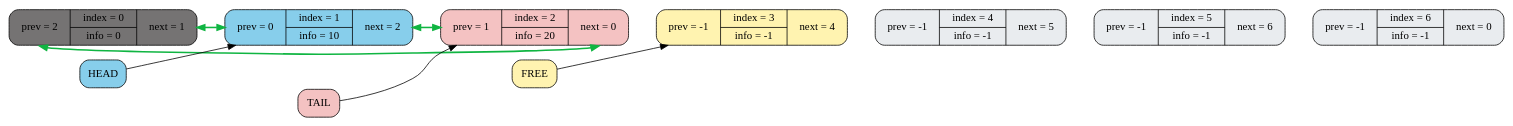
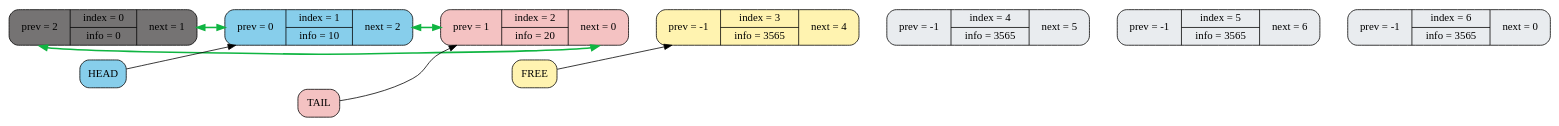
One commit to NikolayNetreba/Task5 changed the diagram in dumps/graph_2.dot. Above: the diagram before and after it, drawn with Graphviz. The commit also changed 38 other files, not shown here.

```diff
--- a/dumps/graph_2.dot
+++ b/dumps/graph_2.dot
@@ -1,26 +1,26 @@
 digraph g{ 
 rankdir=LR; 
 node [shape=Mrecord; style=filled;];
 node0 [label = "{<prev> prev = 2 | { index = 0 | info = 0 } | <next> next = 1}"; fillcolor="#757373"; fontcolor="black"; color="black"; penwidth=1.0];
 node1 [label = "{<prev> prev = 0 | { index = 1 | info = 10 } | <next> next = 2}"; fillcolor="#87CEEB"; fontcolor="black"; color="black"; penwidth=1.0];
 node2 [label = "{<prev> prev = 1 | { index = 2 | info = 20 } | <next> next = 0}"; fillcolor="#F4C2C2"; fontcolor="black"; color="black"; penwidth=1.0];
-node3 [label = "{<prev> prev = -1 | { index = 3 | info = -1 } | <next> next = 4}"; fillcolor="#FFF3B0"; fontcolor="black"; color="black"; penwidth=1.0];
-node4 [label = "{<prev> prev = -1 | { index = 4 | info = -1 } | <next> next = 5}"; fillcolor="#E9ECEF"; fontcolor="black"; color="black"; penwidth=1.0];
-node5 [label = "{<prev> prev = -1 | { index = 5 | info = -1 } | <next> next = 6}"; fillcolor="#E9ECEF"; fontcolor="black"; color="black"; penwidth=1.0];
-node6 [label = "{<prev> prev = -1 | { index = 6 | info = -1 } | <next> next = 0}"; fillcolor="#E9ECEF"; fontcolor="black"; color="black"; penwidth=1.0];
+node3 [label = "{<prev> prev = -1 | { index = 3 | info = 3565 } | <next> next = 4}"; fillcolor="#FFF3B0"; fontcolor="black"; color="black"; penwidth=1.0];
+node4 [label = "{<prev> prev = -1 | { index = 4 | info = 3565 } | <next> next = 5}"; fillcolor="#E9ECEF"; fontcolor="black"; color="black"; penwidth=1.0];
+node5 [label = "{<prev> prev = -1 | { index = 5 | info = 3565 } | <next> next = 6}"; fillcolor="#E9ECEF"; fontcolor="black"; color="black"; penwidth=1.0];
+node6 [label = "{<prev> prev = -1 | { index = 6 | info = 3565 } | <next> next = 0}"; fillcolor="#E9ECEF"; fontcolor="black"; color="black"; penwidth=1.0];
 node0 -> node1 [style=invis, weight=100];
 node1 -> node2 [style=invis, weight=100];
 node2 -> node3 [style=invis, weight=100];
 node3 -> node4 [style=invis, weight=100];
 node4 -> node5 [style=invis, weight=100];
 node5 -> node6 [style=invis, weight=100];
 node0:next -> node1:prev [color="#10b542", dir="both", penwidth=2.0, constraint=false];
 node1:next -> node2:prev [color="#10b542", dir="both", penwidth=2.0, constraint=false];
 node2:next -> node0:prev [color="#10b542", dir="both", penwidth=2.0, constraint=false];
 HEAD [shape=box, style="filled, rounded", fillcolor="#87CEEB", label="HEAD"];
 TAIL [shape=box, style="filled, rounded", fillcolor="#F4C2C2", label="TAIL"];
 FREE [shape=box, style="filled, rounded", fillcolor="#FFF3B0", label="FREE"];
 HEAD -> node1 [color=black];
 TAIL -> node2 [color=black];
 FREE -> node3 [color=black];
 }
```
